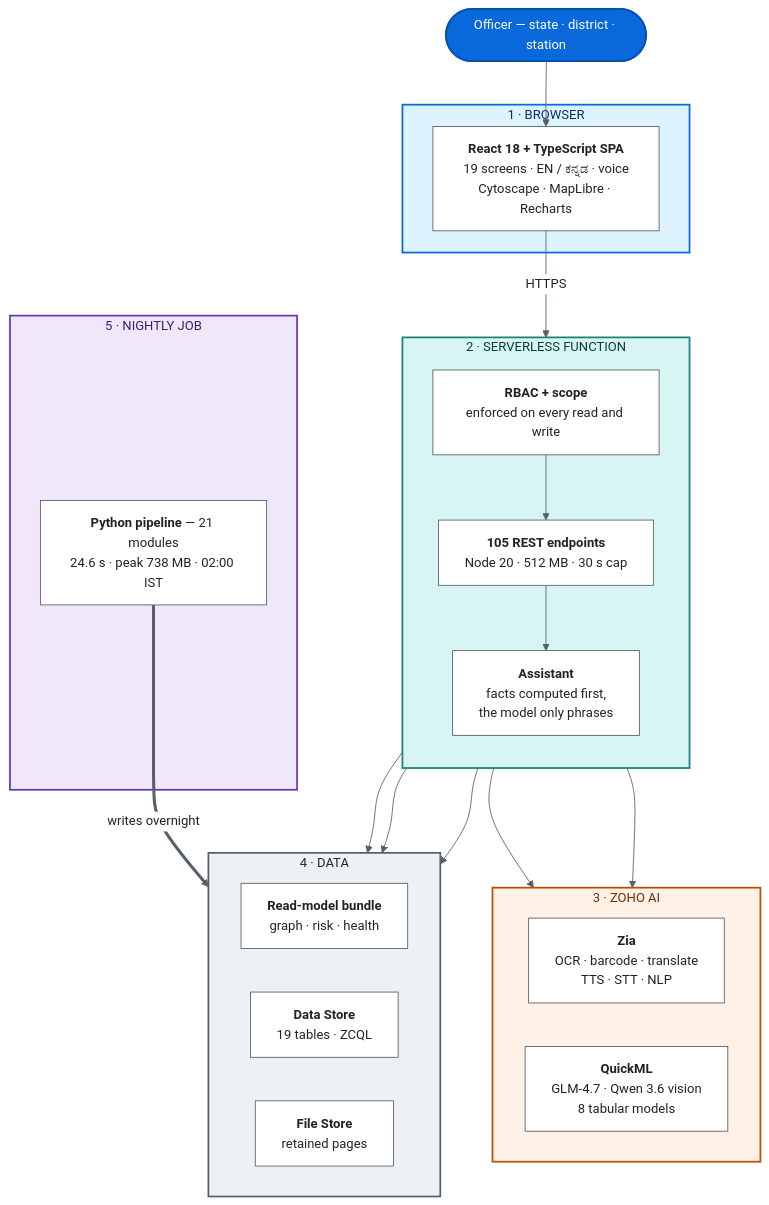
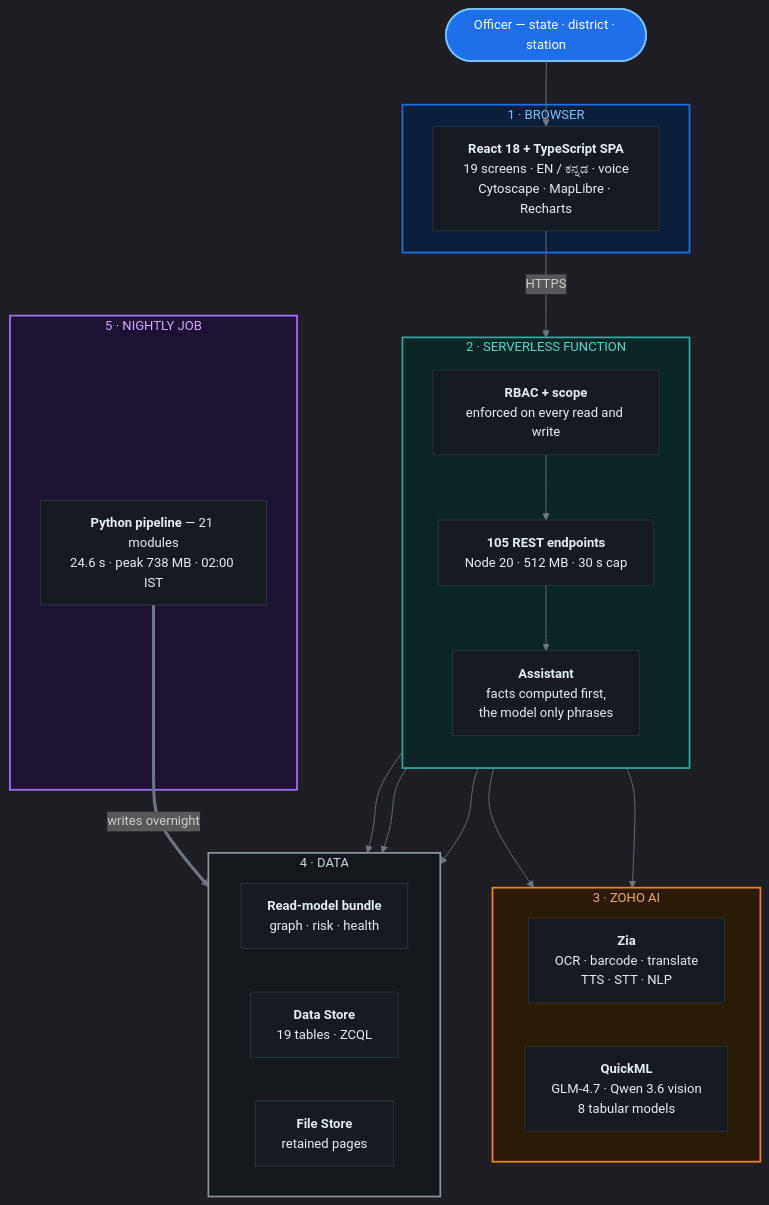
One commit to adarshcod30/Kadi changed the first of 6 diagrams in README.md. Above: the diagram before and after it, drawn with Mermaid. The commit also changed other lines of this file, not shown here.

First line of the commit message:
Go back to the dark diagrams

````diff
--- a/README.md
+++ b/README.md
@@ -242,54 +242,54 @@
 ```mermaid
-%%{init: {'theme':'base','themeVariables':{'fontSize':'15px','lineColor':'#57606a','primaryTextColor':'#1f2328','edgeLabelBackground':'#ffffff'}}}%%
+%%{init: {'theme':'dark','themeVariables':{'fontSize':'15px','lineColor':'#6e7681','primaryTextColor':'#e6edf3'}}}%%
 flowchart TB
     O(["Officer — state · district · station"])
 
     subgraph L1["1 · BROWSER"]
         SPA["<b>React 18 + TypeScript SPA</b><br/>19 screens · EN / ಕನ್ನಡ · voice<br/>Cytoscape · MapLibre · Recharts"]
     end
 
     subgraph L2["2 · SERVERLESS FUNCTION"]
         direction TB
         RBAC["<b>RBAC + scope</b><br/>enforced on every read and write"]
         REST["<b>105 REST endpoints</b><br/>Node 20 · 512 MB · 30 s cap"]
         ASST["<b>Assistant</b><br/>facts computed first,<br/>the model only phrases"]
         RBAC --> REST --> ASST
     end
 
     subgraph L3["3 · ZOHO AI"]
         direction LR
         ZIA["<b>Zia</b><br/>OCR · barcode · translate<br/>TTS · STT · NLP"]
         QML["<b>QuickML</b><br/>GLM-4.7 · Qwen 3.6 vision<br/>8 tabular models"]
     end
 
     subgraph L4["4 · DATA"]
         direction LR
         RM["<b>Read-model bundle</b><br/>graph · risk · health"]
         DS["<b>Data Store</b><br/>19 tables · ZCQL"]
         FS["<b>File Store</b><br/>retained pages"]
     end
 
     subgraph L5["5 · NIGHTLY JOB"]
         JOB["<b>Python pipeline</b> — 21 modules<br/>24.6 s · peak 738 MB · 02:00 IST"]
     end
 
     O --> SPA
     SPA -->|HTTPS| RBAC
     ASST --> ZIA
     ASST --> QML
     REST --> RM
     REST --> DS
     REST --> FS
     JOB ==>|writes overnight| RM
 
-    classDef box   fill:#ffffff,stroke:#57606a,stroke-width:1px,color:#1f2328
-    classDef actor fill:#0969da,stroke:#0550ae,stroke-width:2px,color:#ffffff
+    classDef box   fill:#161b22,stroke:#30363d,stroke-width:1px,color:#e6edf3
+    classDef actor fill:#1f6feb,stroke:#79c0ff,stroke-width:2px,color:#ffffff
     class SPA,RBAC,REST,ASST,ZIA,QML,RM,DS,FS,JOB box
     class O actor
 
-    style L1 fill:#ddf4ff,stroke:#0969da,stroke-width:2px,color:#0a3069
-    style L2 fill:#d7f5f2,stroke:#1a7f78,stroke-width:2px,color:#0d3d3a
-    style L3 fill:#fff1e5,stroke:#bc4c00,stroke-width:2px,color:#7a2e00
-    style L4 fill:#eef1f4,stroke:#57606a,stroke-width:2px,color:#24292f
-    style L5 fill:#f0e7fb,stroke:#6639ba,stroke-width:2px,color:#3b1e70
+    style L1 fill:#0b1f3a,stroke:#1f6feb,stroke-width:2px,color:#79c0ff
+    style L2 fill:#0a2725,stroke:#2FA8A0,stroke-width:2px,color:#56d4cc
+    style L3 fill:#2b1b09,stroke:#E8871E,stroke-width:2px,color:#f0a868
+    style L4 fill:#14181d,stroke:#8b949e,stroke-width:2px,color:#c9d1d9
+    style L5 fill:#1e1233,stroke:#a371f7,stroke-width:2px,color:#d2a8ff
 ```
````
